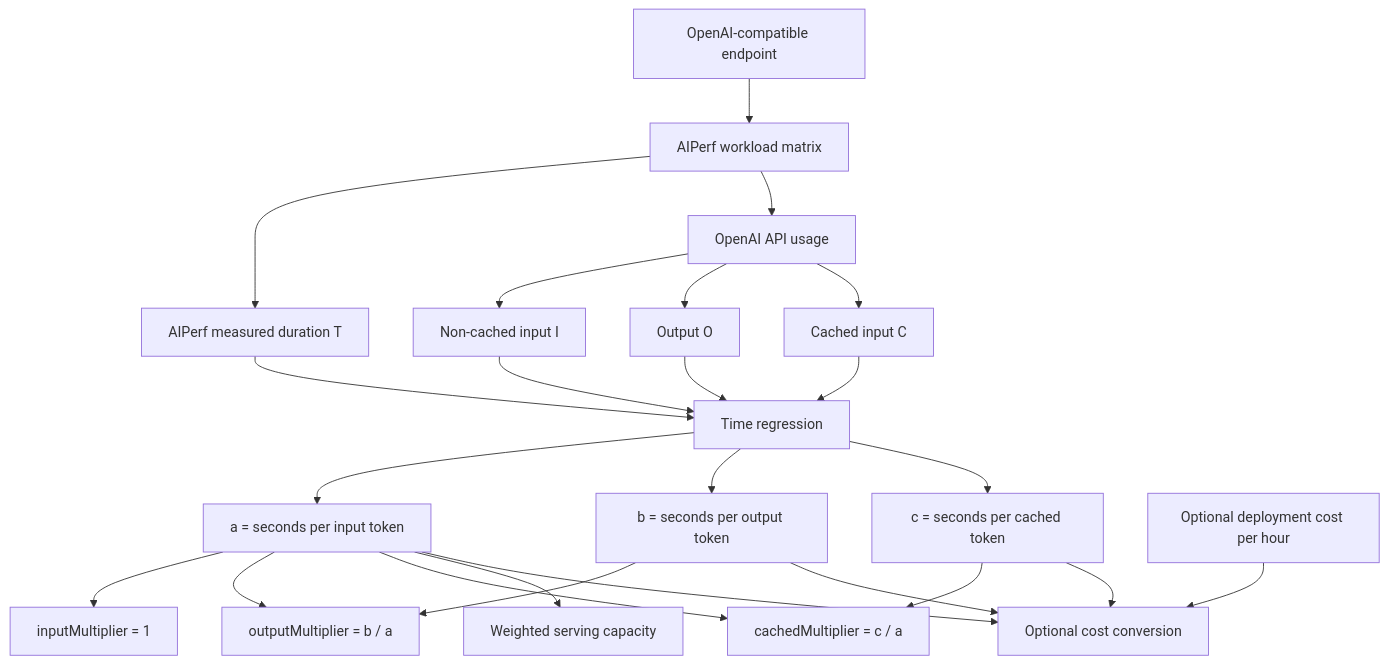
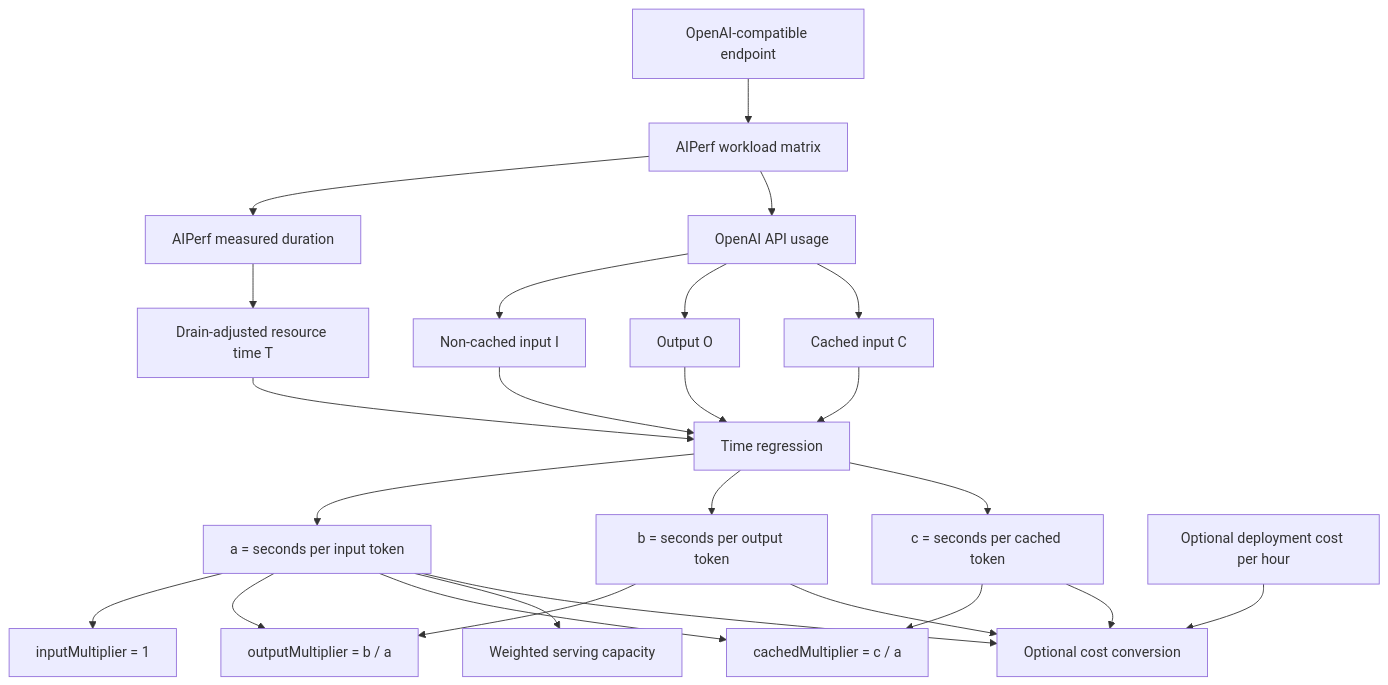
The first of 4 diagrams in README.md (emolinaro/perf2price), drawn with Mermaid before and after one commit. The commit also changed other lines of this file and 3 other files, not shown here.

````diff
--- a/README.md
+++ b/README.md
@@ -109,33 +110,35 @@
 ```mermaid
 flowchart TD
     A[OpenAI-compatible endpoint] --> B[AIPerf workload matrix]
 
-    B --> C[AIPerf measured duration T]
+    B --> C[AIPerf measured duration]
     B --> D[OpenAI API usage]
+
+    C --> R[Drain-adjusted resource time T]
 
     D --> E[Non-cached input I]
     D --> F[Output O]
     D --> G[Cached input C]
 
-    C --> H[Time regression]
+    R --> H[Time regression]
     E --> H
     F --> H
     G --> H
 
     H --> I[a = seconds per input token]
     H --> J[b = seconds per output token]
     H --> K[c = seconds per cached token]
 
     I --> L[inputMultiplier = 1]
     I --> M[outputMultiplier = b / a]
     J --> M
     I --> N[cachedMultiplier = c / a]
     K --> N
 
     I --> O[Weighted serving capacity]
 
     P[Optional deployment cost per hour] --> Q[Optional cost conversion]
     I --> Q
     J --> Q
     K --> Q
 ```
````
